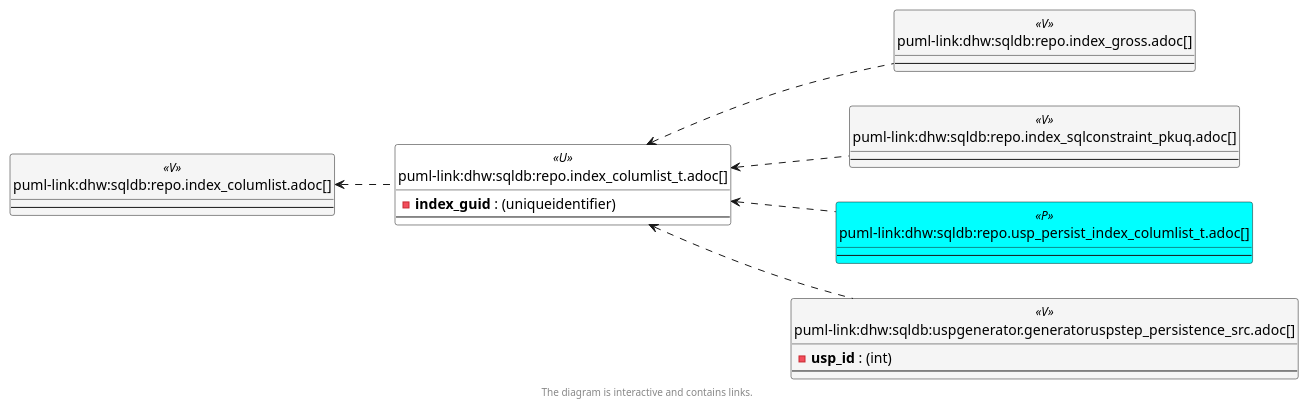
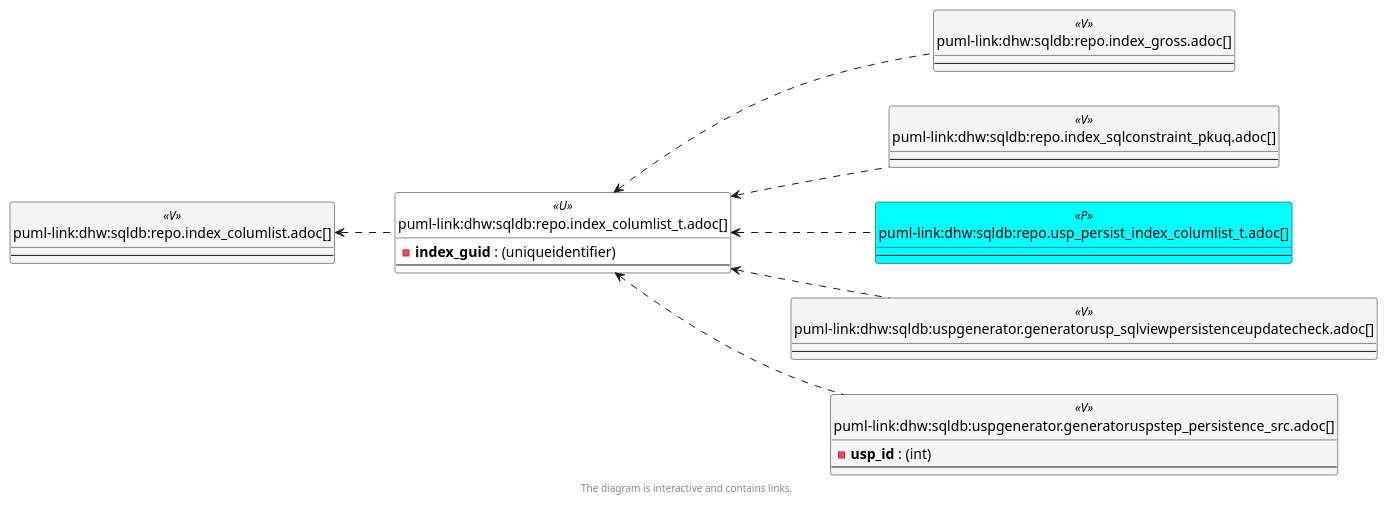
Before and after one commit to DataHandwerk/dhw-antora-sqldb: the third of 6 diagrams in docs/modules/sqldb/partials/content/repo.index_columlist_t.adoc, drawn with PlantUML. The commit also changed other lines of this file and 701 other files, not shown here.

```diff
--- a/docs/modules/sqldb/partials/content/repo.index_columlist_t.adoc
+++ b/docs/modules/sqldb/partials/content/repo.index_columlist_t.adoc
@@ -748,66 +749,71 @@
 [plantuml, entity_1_1_objectref-{docname}, svg, subs=macros]
 ....
 @startuml
 left to right direction
 'top to bottom direction
 hide circle
 'avoide "." issues:
 set namespaceSeparator none
 
 
 skinparam class {
   BackgroundColor White
   BackgroundColor<<FN>> Yellow
   BackgroundColor<<FS>> Yellow
   BackgroundColor<<FT>> LightGray
   BackgroundColor<<IF>> Yellow
   BackgroundColor<<IS>> Yellow
   BackgroundColor<<P>>  Aqua
   BackgroundColor<<PC>> Aqua
   BackgroundColor<<SN>> Yellow
   BackgroundColor<<SO>> SlateBlue
   BackgroundColor<<TF>> LightGray
   BackgroundColor<<TR>> Tomato
   BackgroundColor<<U>>  White
   BackgroundColor<<V>>  WhiteSmoke
   BackgroundColor<<X>>  Aqua
   BackgroundColor<<external>> AliceBlue
 }
 
 
 entity "puml-link:dhw:sqldb:repo.index_columlist.adoc[]" as repo.Index_ColumList << V >> {
   --
 }
 
 entity "puml-link:dhw:sqldb:repo.index_columlist_t.adoc[]" as repo.Index_ColumList_T << U >> {
   - **index_guid** : (uniqueidentifier)
   --
 }
 
 entity "puml-link:dhw:sqldb:repo.index_gross.adoc[]" as repo.Index_gross << V >> {
   --
 }
 
 entity "puml-link:dhw:sqldb:repo.index_sqlconstraint_pkuq.adoc[]" as repo.Index_SqlConstraint_PkUq << V >> {
   --
 }
 
 entity "puml-link:dhw:sqldb:repo.usp_persist_index_columlist_t.adoc[]" as repo.usp_PERSIST_Index_ColumList_T << P >> {
   --
 }
 
+entity "puml-link:dhw:sqldb:uspgenerator.generatorusp_sqlviewpersistenceupdatecheck.adoc[]" as uspgenerator.GeneratorUsp_SqlViewPersistenceUpdateCheck << V >> {
+  --
+}
+
 entity "puml-link:dhw:sqldb:uspgenerator.generatoruspstep_persistence_src.adoc[]" as uspgenerator.GeneratorUspStep_Persistence_src << V >> {
   - **usp_id** : (int)
   --
 }
 
 repo.Index_ColumList <.. repo.Index_ColumList_T
+repo.Index_ColumList_T <.. repo.Index_gross
 repo.Index_ColumList_T <.. repo.Index_SqlConstraint_PkUq
-repo.Index_ColumList_T <.. repo.Index_gross
 repo.Index_ColumList_T <.. repo.usp_PERSIST_Index_ColumList_T
+repo.Index_ColumList_T <.. uspgenerator.GeneratorUsp_SqlViewPersistenceUpdateCheck
 repo.Index_ColumList_T <.. uspgenerator.GeneratorUspStep_Persistence_src
 
 footer The diagram is interactive and contains links.
 
 @enduml
 ....
```
